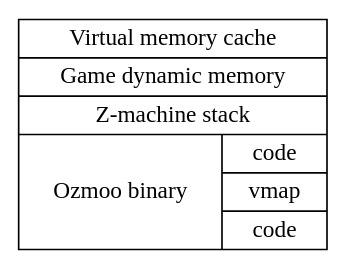
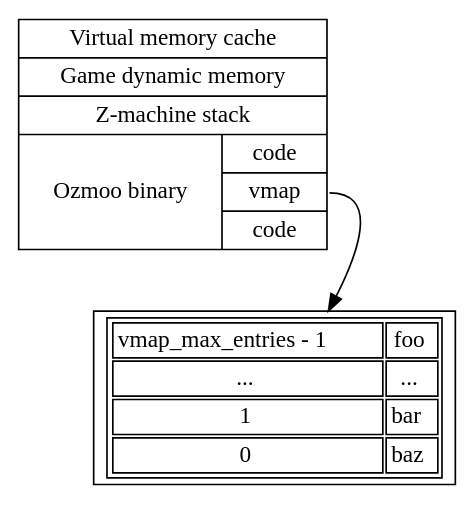
One commit to ZornsLemma/ozmoo changed the diagram in documentation/techdocs/memory-map-1.dot. Above: the diagram before and after it, drawn with Graphviz.

Commit message:
Snapshot

```diff
--- a/documentation/techdocs/memory-map-1.dot
+++ b/documentation/techdocs/memory-map-1.dot
@@ -1,6 +1,15 @@
 digraph memory {
     node [shape=record];
-    top [label="{ Virtual memory cache | Game dynamic memory | Z-machine stack | { Ozmoo binary | { code | vmap | code } } }"];
+    top [label="{ Virtual memory cache | Game dynamic memory | Z-machine stack | { Ozmoo binary | { code | <vmap> vmap | code } } }"];
+    # vmap [label="{ { vmap_max_entries - 1 | foo } | ... | { 1 | foo } | {0 | foo } }"];
+    vmap [label=<
+         <table>
+            <tr><td>vmap_max_entries - 1</td><td>foo</td></tr>
+            <tr><td>...</td><td>...</td></tr>
+            <tr><td>1</td><td>bar</td></tr>
+            <tr><td>0</td><td>baz</td></tr>
+         </table>>]
+    top:vmap -> vmap
 }
 
 # vi: sw=4 sts=4
```
